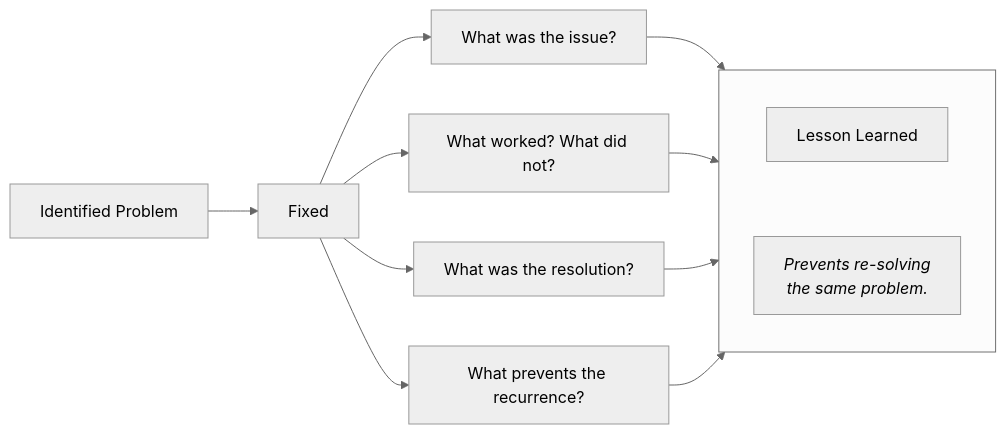
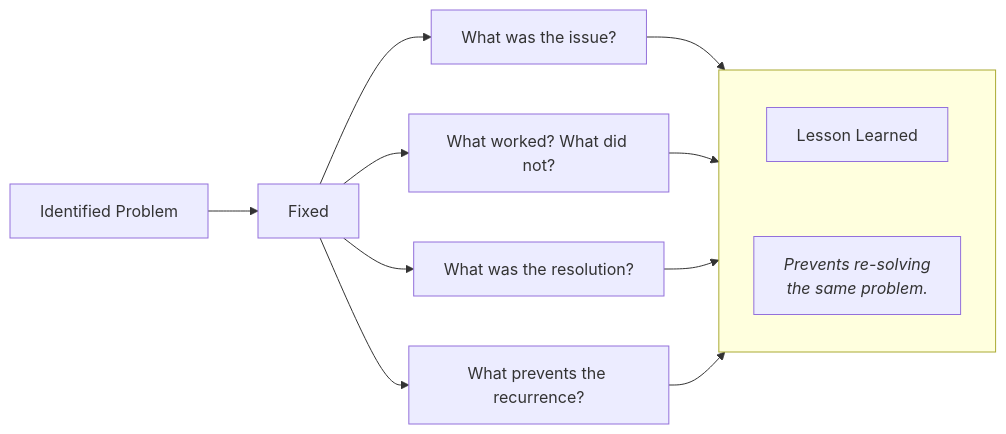
One commit to technomensch/knowledge-graph changed the third of 3 diagrams in docs/concepts/four-content-types.md. Above: the diagram before and after it, drawn with Mermaid. The commit also changed other lines of this file and 30 other files, not shown here.

````diff
--- a/docs/concepts/four-content-types.md
+++ b/docs/concepts/four-content-types.md
@@ -55,27 +50,26 @@
 ```mermaid
-%%{init: { 'flowchart': { 'useMaxWidth': true }, 'theme': 'neutral' }}%%
 flowchart LR
     %% 1. Main Flow
     Problem[Identified Problem] --> Fixed[Fixed]
 
     %% 2. Branching: Fixed points to 4 stacked boxes
     Fixed --> Issue[What was the issue?]
     Fixed --> Analysis[What worked? What did not?]
     Fixed --> Resolution[What was the resolution?]
     Fixed --> Prevention[What prevents the recurrence?]
 
     %% 3. Final Step Container (Forces Vertical Stacking)
     subgraph FinalGroup [ ]
         direction TB
         Takeaway[Lesson Learned]
         %% Invisible link (~~~) pushes Caption below Takeaway
         Takeaway ~~~ Caption["<i>Prevents re-solving<br/>the same problem.</i>"]
     end
 
     %% 4. Converging: Middle boxes point to the Takeaway inside the subgraph
     Issue --> Takeaway
     Analysis --> Takeaway
     Resolution --> Takeaway
     Prevention --> Takeaway
 
 ```
````
